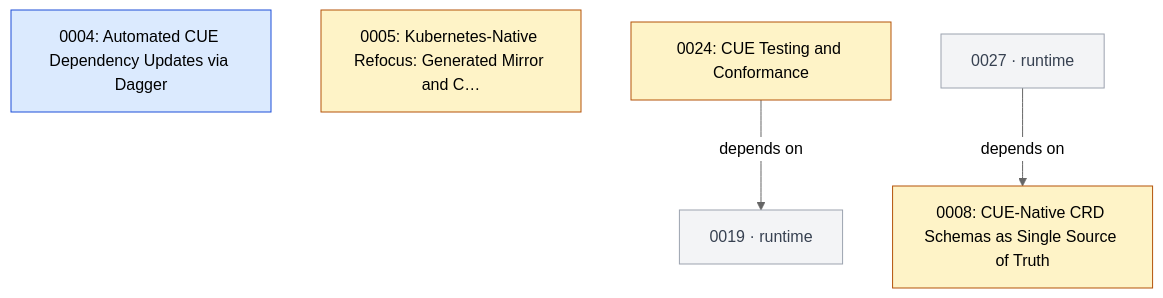
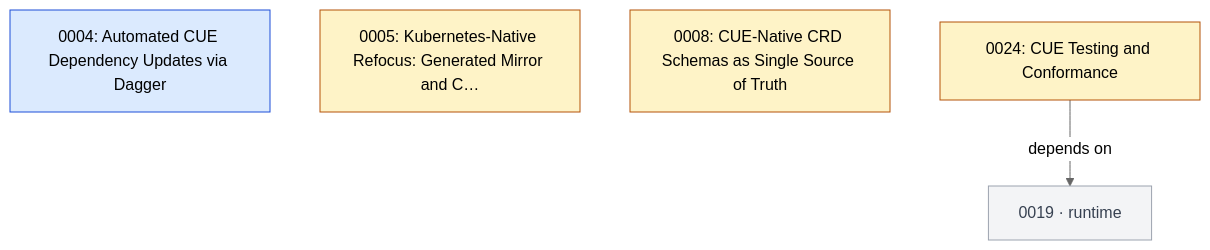
Before and after one commit to open-platform-model/enhancements: the fifth of 6 diagrams in GRAPH.md, drawn with Mermaid (neutral theme). The commit also changed other lines of this file and 182 other files, not shown here.

````diff
--- a/GRAPH.md
+++ b/GRAPH.md
@@ -197,21 +194,19 @@
 ```mermaid
 graph TD
   classDef draft       fill:#fef3c7,stroke:#b45309,color:#000
   classDef accepted    fill:#dbeafe,stroke:#1d4ed8,color:#000
   classDef rejected    fill:#fee2e2,stroke:#b91c1c,color:#7f1d1d,stroke-dasharray:4 2
   classDef superseded  fill:#e5e7eb,stroke:#6b7280,color:#6b7280
   classDef delivered   fill:#dcfce7,stroke:#15803d,color:#14532d
   classDef legacy      fill:#fafafa,stroke:#9ca3af,color:#6b7280,stroke-dasharray:3 3
   classDef stub        fill:#f3f4f6,stroke:#9ca3af,color:#374151
   classDef category    fill:#ede9fe,stroke:#6d28d9,color:#000
 
   N0004["0004: Automated CUE Dependency Updates via Dagger"]:::accepted
   N0005["0005: Kubernetes-Native Refocus: Generated Mirror and C…"]:::draft
   N0008["0008: CUE-Native CRD Schemas as Single Source of Truth"]:::draft
   N0024["0024: CUE Testing and Conformance"]:::draft
   N0019["0019 · runtime"]:::stub
-  N0027["0027 · runtime"]:::stub
 
   N0024 -->|depends on| N0019
-  N0027 -->|depends on| N0008
 ```
````
